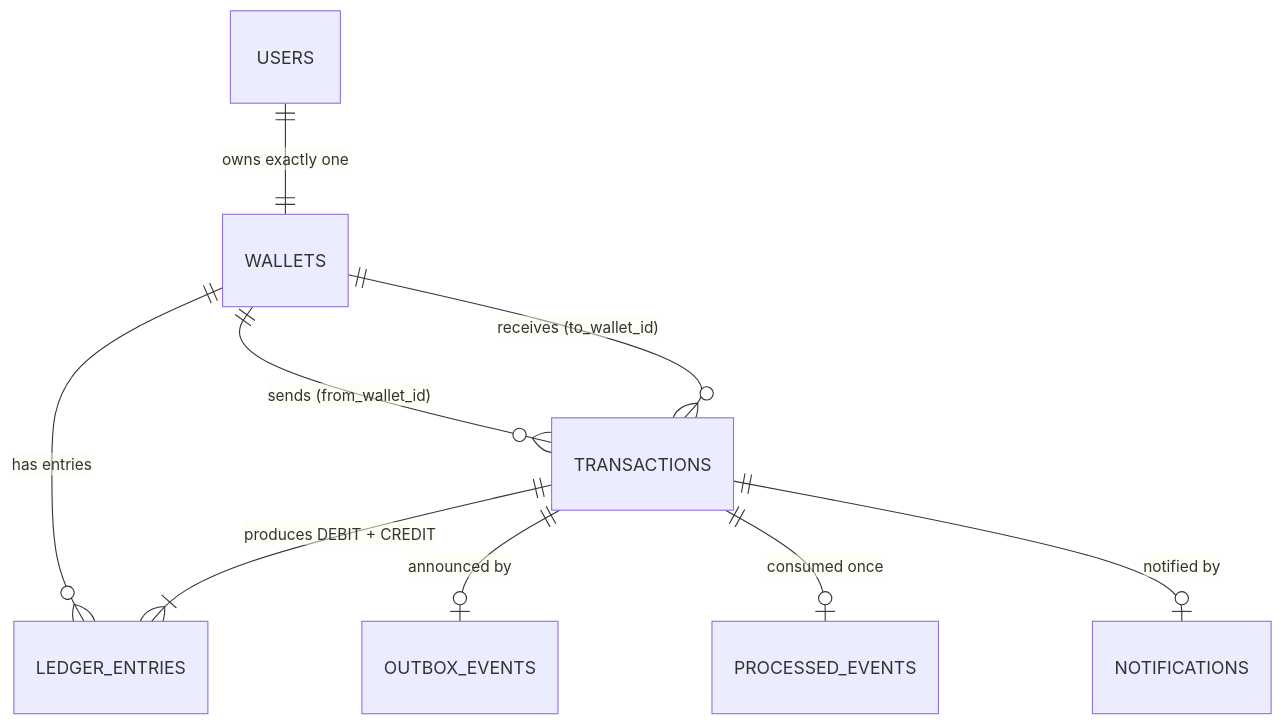
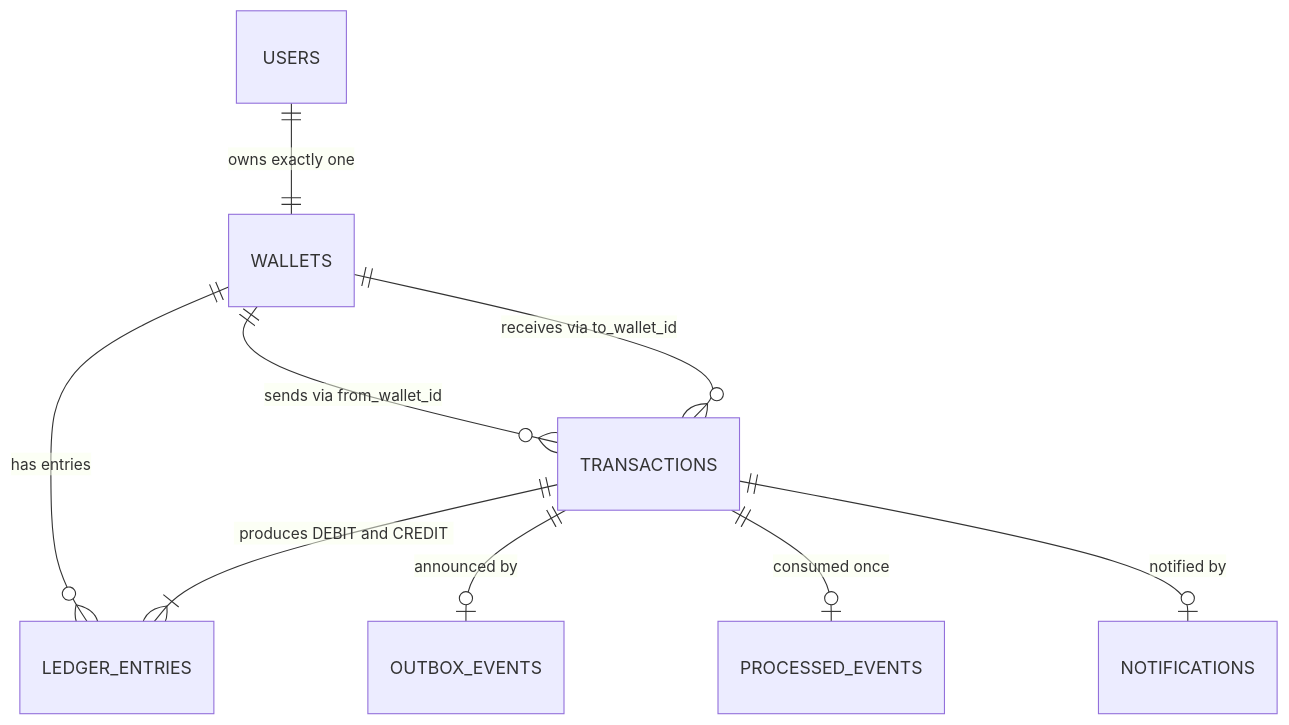
The third of 3 diagrams in docs/01-overview-and-architecture.md (bachuruchitha/Payflow), drawn with Mermaid before and after one commit. The commit also changed other lines of this file and 4 other files, not shown here.

````diff
--- a/docs/01-overview-and-architecture.md
+++ b/docs/01-overview-and-architecture.md
@@ -172,11 +172,11 @@
 ```mermaid
 erDiagram
     USERS ||--|| WALLETS : "owns exactly one"
     WALLETS ||--o{ LEDGER_ENTRIES : "has entries"
-    WALLETS ||--o{ TRANSACTIONS : "sends (from_wallet_id)"
-    WALLETS ||--o{ TRANSACTIONS : "receives (to_wallet_id)"
-    TRANSACTIONS ||--|{ LEDGER_ENTRIES : "produces DEBIT + CREDIT"
+    WALLETS ||--o{ TRANSACTIONS : "sends via from_wallet_id"
+    WALLETS ||--o{ TRANSACTIONS : "receives via to_wallet_id"
+    TRANSACTIONS ||--|{ LEDGER_ENTRIES : "produces DEBIT and CREDIT"
     TRANSACTIONS ||--o| OUTBOX_EVENTS : "announced by"
     TRANSACTIONS ||--o| PROCESSED_EVENTS : "consumed once"
     TRANSACTIONS ||--o| NOTIFICATIONS : "notified by"
 ```
````
